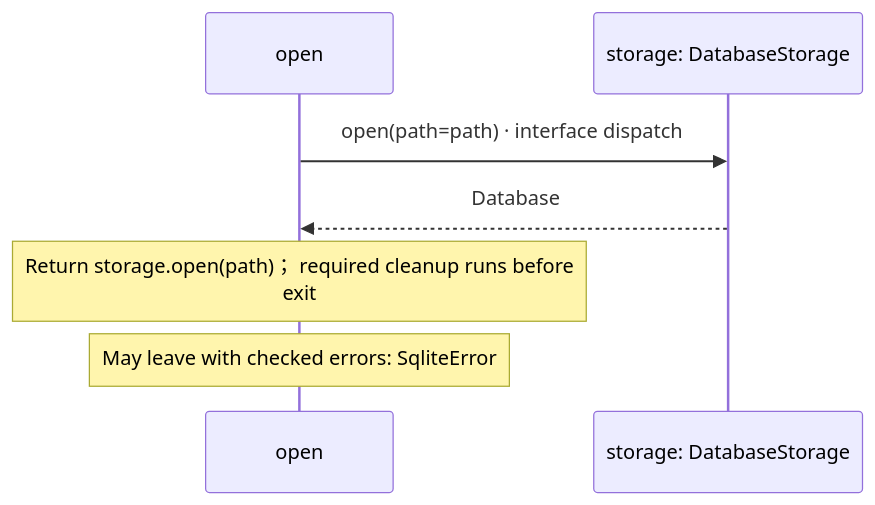
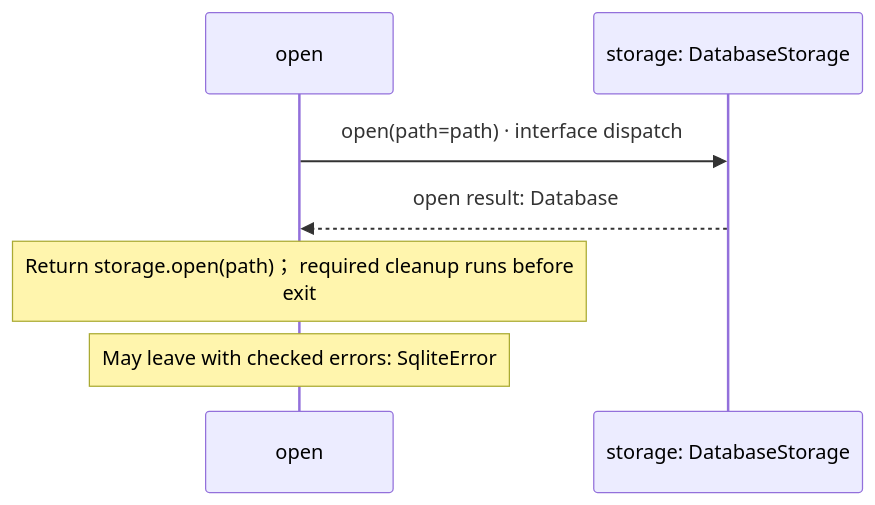
One commit to GreenPandaStudios/augscript changed the third of 6 diagrams in docs/examples/native-sqlite/dependencies/packages/@greenpandastudios/aug-sqlite/0.1.5/api-diagrams.md. Above: the diagram before and after it, drawn with Mermaid. The commit also changed other lines of this file and 304 other files, not shown here.

Commit message:
Make generated data-flow sequences concise and review every diagram

````diff
--- a/docs/examples/native-sqlite/dependencies/packages/@greenpandastudios/aug-sqlite/0.1.5/api-diagrams.md
+++ b/docs/examples/native-sqlite/dependencies/packages/@greenpandastudios/aug-sqlite/0.1.5/api-diagrams.md
@@ -115,9 +92,9 @@
 ```mermaid
 sequenceDiagram
     participant p0 as open
     participant p1 as storage: DatabaseStorage
     p0->>p1: open(path=path) · interface dispatch
-    p1-->>p0: Database
+    p1-->>p0: open result: Database
     Note over p0: Return storage.open(path)； required cleanup runs before<br/>exit
     Note over p0: May leave with checked errors: SqliteError
 ```
````
